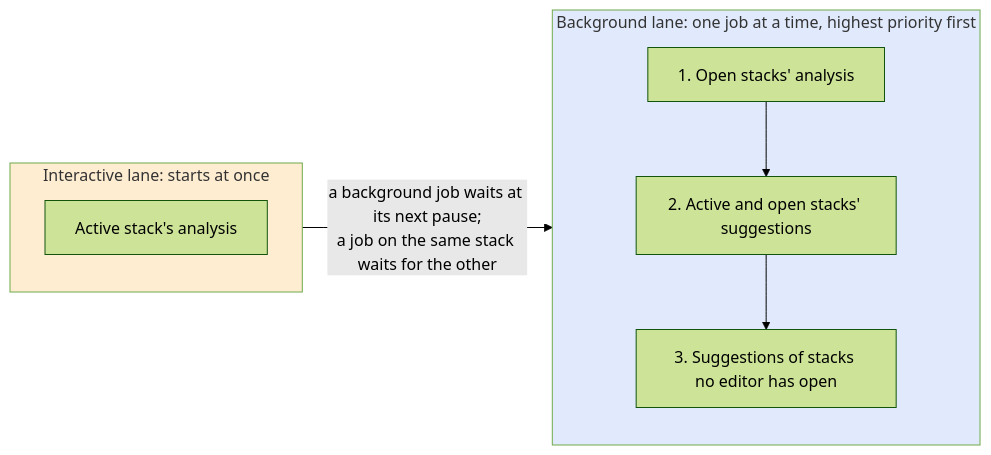
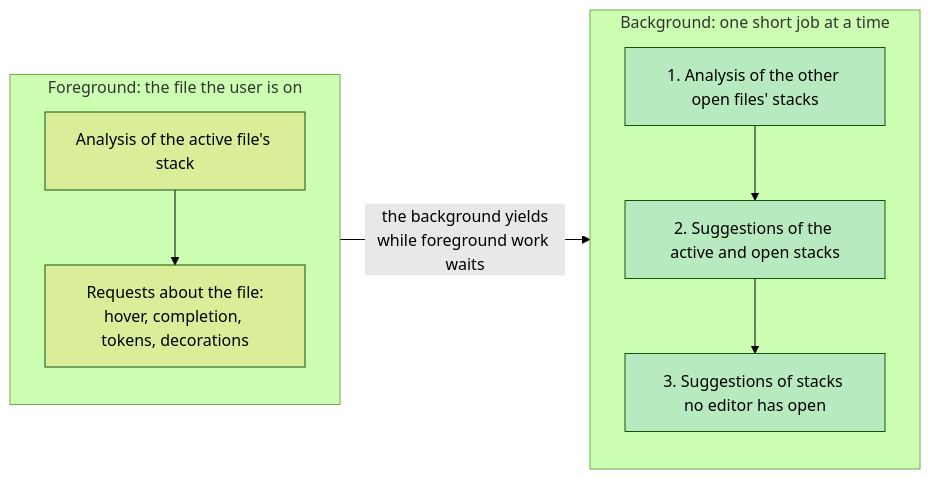
Before and after one commit to litebitus/vscode-yaml-dsl-editor: the first of 4 diagrams in docs/design.md, drawn with Mermaid (forest theme). The commit also changed other lines of this file and 9 other files, not shown here.

Commit message:
fix(suggestions): answer Explorer decorations from sets rebuilt once per report and read settings once, keep a click from saving files it leaves unchanged, and document the processing model and the staleness checks

````diff
--- a/docs/design.md
+++ b/docs/design.md
@@ -82,14 +78,17 @@
 ```mermaid
 flowchart LR
-  subgraph interactiveLane["Interactive lane: starts at once"]
-    activeAnalysis["Active stack's analysis"]
+  subgraph foreground["Foreground: the file the user is on"]
+    direction TB
+    activeAnalysis["Analysis of the active file's stack"] --> activeRequests["Requests about the file:<br/>hover, completion, tokens, decorations"]
   end
-  subgraph backgroundLane["Background lane: one job at a time, highest priority first"]
+  subgraph background["Background: one short job at a time"]
     direction TB
-    openAnalysis["1. Open stacks' analysis"] --> openSuggestions["2. Active and open stacks' suggestions"]
-    openSuggestions --> backgroundSuggestions["3. Suggestions of stacks no editor has open"]
+    openAnalysis["1. Analysis of the other open files' stacks"] --> openSuggestions["2. Suggestions of the active and open stacks"]
+    openSuggestions --> unopenedSuggestions["3. Suggestions of stacks no editor has open"]
   end
-  interactiveLane -- "a background job waits at its next pause;<br/>a job on the same stack waits for the other" --> backgroundLane
-  style interactiveLane fill:#FFB74D40
-  style backgroundLane fill:#6495ED33
+  foreground -- "the background yields<br/>while foreground work waits" --> background
+  classDef foregroundWork fill:#FFB74D40
+  classDef backgroundWork fill:#6495ED33
+  class activeAnalysis,activeRequests foregroundWork
+  class openAnalysis,openSuggestions,unopenedSuggestions backgroundWork
 ```
````
